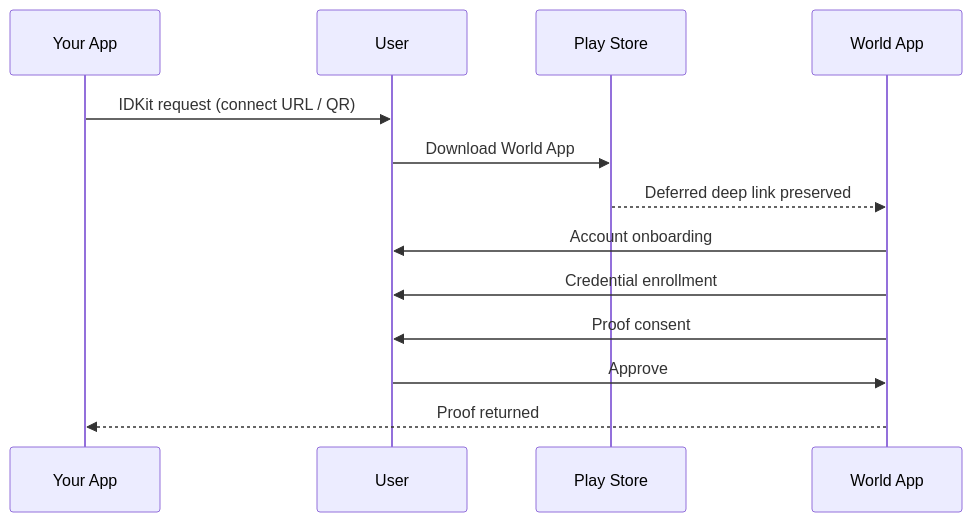
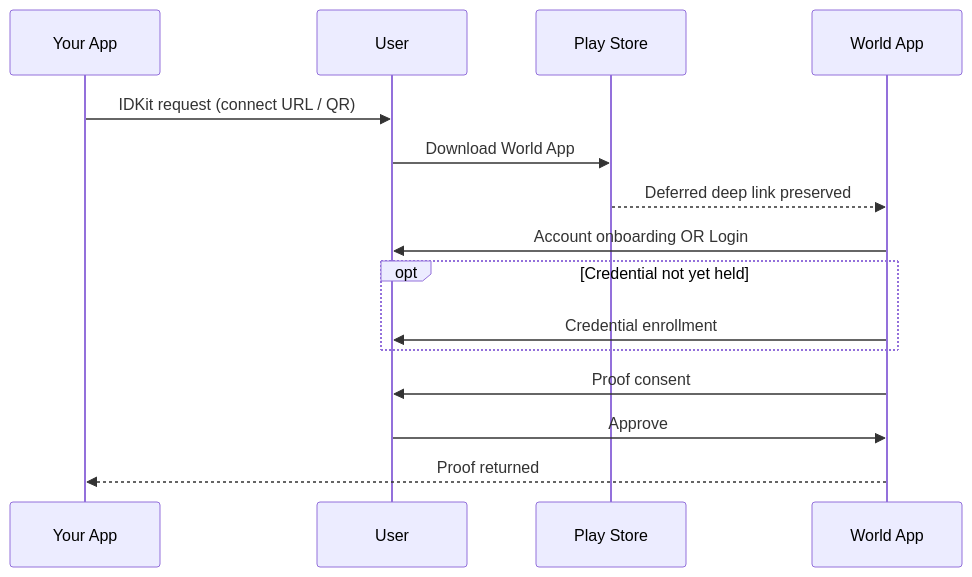
Before and after one commit to worldcoin/developer-docs: the first of 3 diagrams in world-id/idkit/verification-flows.mdx, drawn with Mermaid. The commit also changed other lines of this file and 1 other file, not shown here.

First line of the commit message:
simplify: verification flows docs page (#136)

````diff
--- a/world-id/idkit/verification-flows.mdx
+++ b/world-id/idkit/verification-flows.mdx
@@ -24,16 +28,19 @@
 ```mermaid
 sequenceDiagram
     participant App as Your App
     participant User
     participant Play as Play Store
     participant WA as World App
 
     App->>User: IDKit request (connect URL / QR)
     User->>Play: Download World App
     Play-->>WA: Deferred deep link preserved
-    WA->>User: Account onboarding
-    WA->>User: Credential enrollment
+
+    WA->>User: Account onboarding OR Login
+    opt Credential not yet held
+      WA->>User: Credential enrollment
+    end
     WA->>User: Proof consent
     User->>WA: Approve
     WA-->>App: Proof returned
 ```
````
